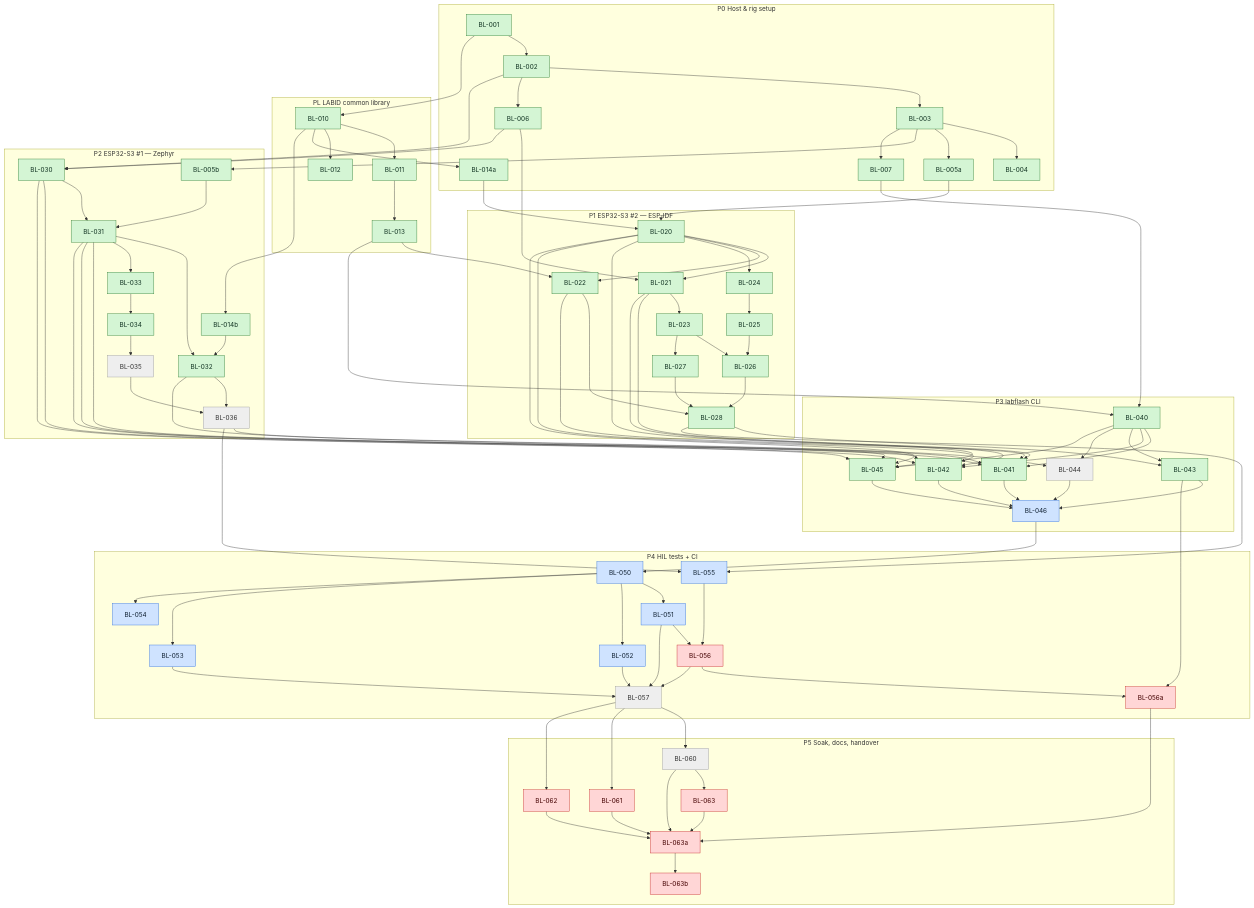
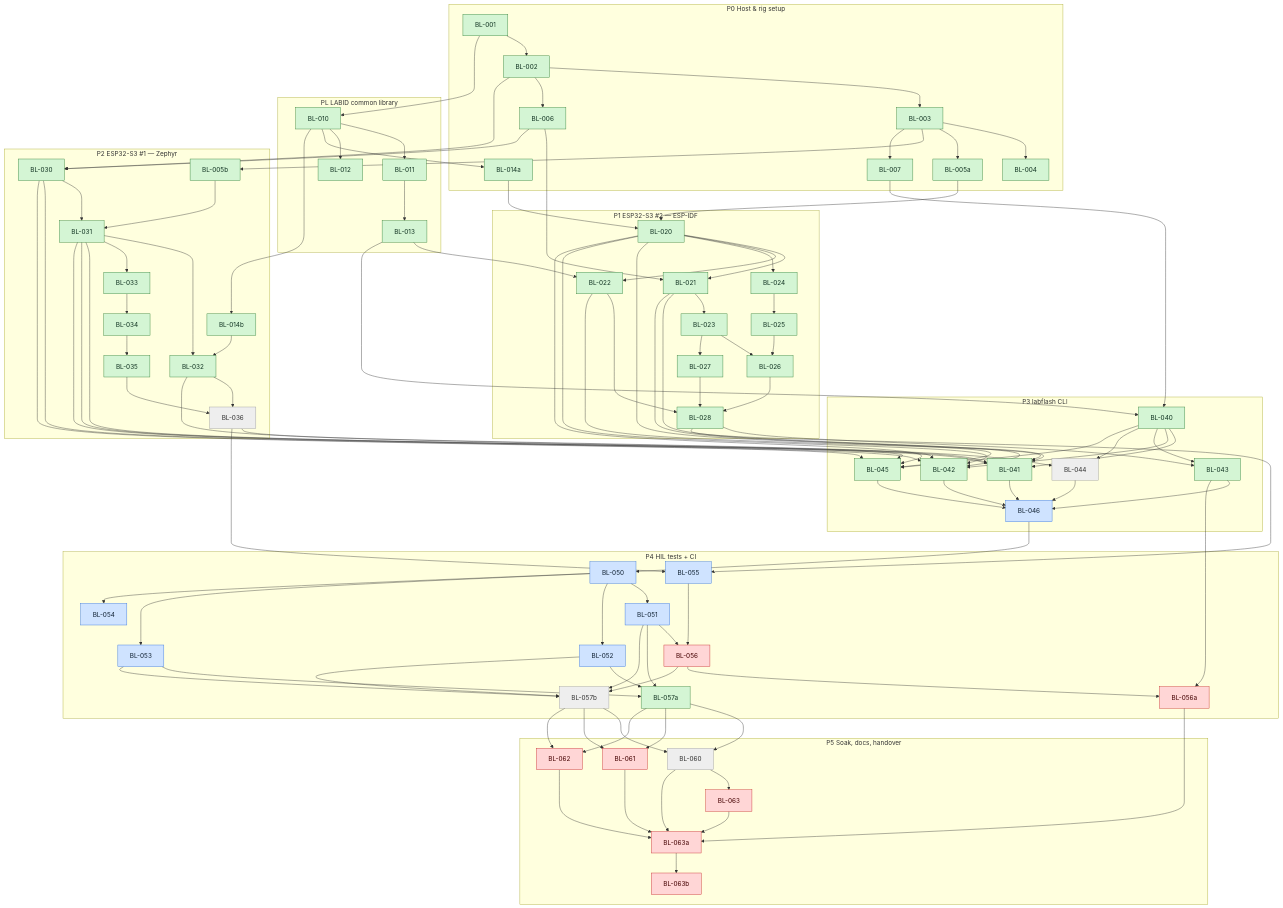
The third of 3 diagrams in tickets/TICKETS.md (mohamed-soubhi/bootlab-esp), drawn with Mermaid before and after one commit. The commit also changed other lines of this file and 13 other files, not shown here.

```diff
--- a/tickets/TICKETS.md
+++ b/tickets/TICKETS.md
@@ -1074,7 +1087,7 @@
         BL032["BL-032"]:::done
         BL033["BL-033"]:::done
         BL034["BL-034"]:::done
-        BL035["BL-035"]:::todo
+        BL035["BL-035"]:::done
         BL036["BL-036"]:::todo
     end
     subgraph E3_g["P3 labflash CLI"]
@@ -1095,7 +1108,8 @@
         BL055["BL-055"]:::doing
         BL056["BL-056"]:::blocked
         BL056a["BL-056a"]:::blocked
-        BL057["BL-057"]:::todo
+        BL057a["BL-057a"]:::done
+        BL057b["BL-057b"]:::todo
     end
     subgraph E5_g["P5 Soak, docs, handover"]
         BL060["BL-060"]:::todo
@@ -1181,13 +1195,19 @@
     BL051 --> BL056
     BL043 --> BL056a
     BL056 --> BL056a
-    BL051 --> BL057
-    BL052 --> BL057
-    BL053 --> BL057
-    BL056 --> BL057
-    BL057 --> BL060
-    BL057 --> BL061
-    BL057 --> BL062
+    BL051 --> BL057a
+    BL052 --> BL057a
+    BL053 --> BL057a
+    BL051 --> BL057b
+    BL052 --> BL057b
+    BL053 --> BL057b
+    BL056 --> BL057b
+    BL057a --> BL060
+    BL057b --> BL060
+    BL057a --> BL061
+    BL057b --> BL061
+    BL057a --> BL062
+    BL057b --> BL062
     BL060 --> BL063
     BL060 --> BL063a
     BL061 --> BL063a
```
